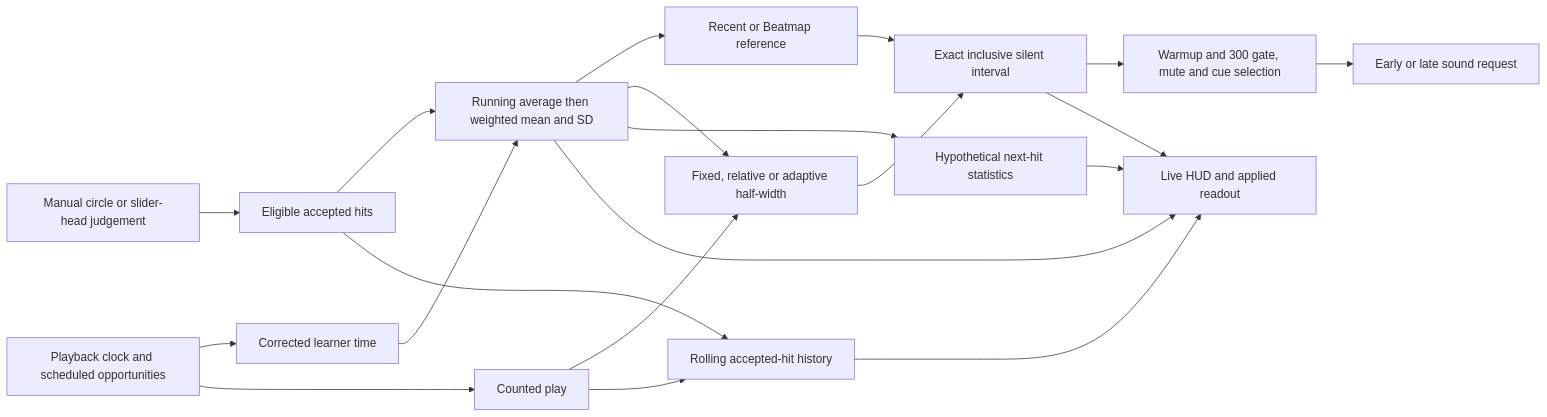
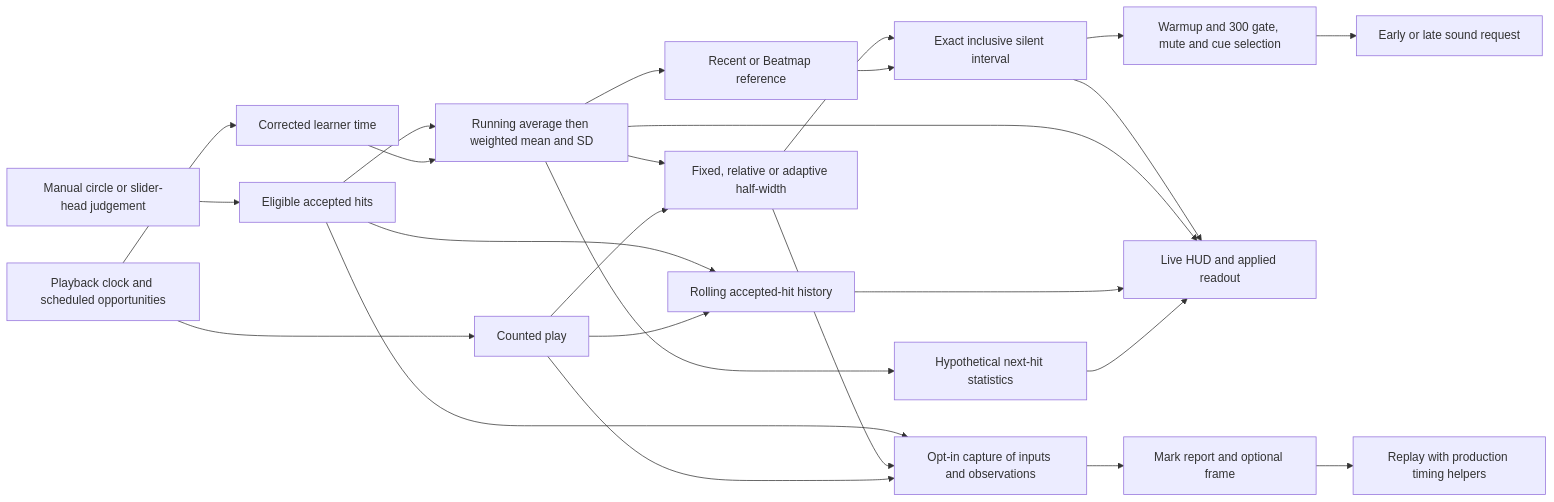
One commit to igeorges1/McOsu changed the diagram in docs/timing-audio.md. Above: the diagram before and after it, drawn with Mermaid. The commit also changed other lines of this file and 16 other files, not shown here.

Commit message:
Capture marked timing diagnostics and replay the production model

````diff
--- a/docs/timing-audio.md
+++ b/docs/timing-audio.md
@@ -5,22 +7,27 @@
 ```mermaid
 flowchart LR
     A["Manual circle or slider-head judgement"] --> B["Eligible accepted hits"]
     T["Playback clock and scheduled opportunities"] --> C["Corrected learner time"]
     T --> I["Counted play"]
     B --> L["Running average then weighted mean and SD"]
     C --> L
     L --> R["Recent or Beatmap reference"]
     L --> W["Fixed, relative or adaptive half-width"]
     I --> W
     W --> X["Exact inclusive silent interval"]
     R --> X
     X --> Q["Warmup and 300 gate, mute and cue selection"]
     Q --> S["Early or late sound request"]
     X --> H["Live HUD and applied readout"]
     B --> D["Rolling accepted-hit history"]
     I --> D
     L --> F["Hypothetical next-hit statistics"]
     L --> H
     D --> H
     F --> H
+    B --> P["Opt-in capture of inputs and observations"]
+    W --> P
+    I --> P
+    P --> M["Mark report and optional frame"]
+    M --> V["Replay with production timing helpers"]
 ```
````
